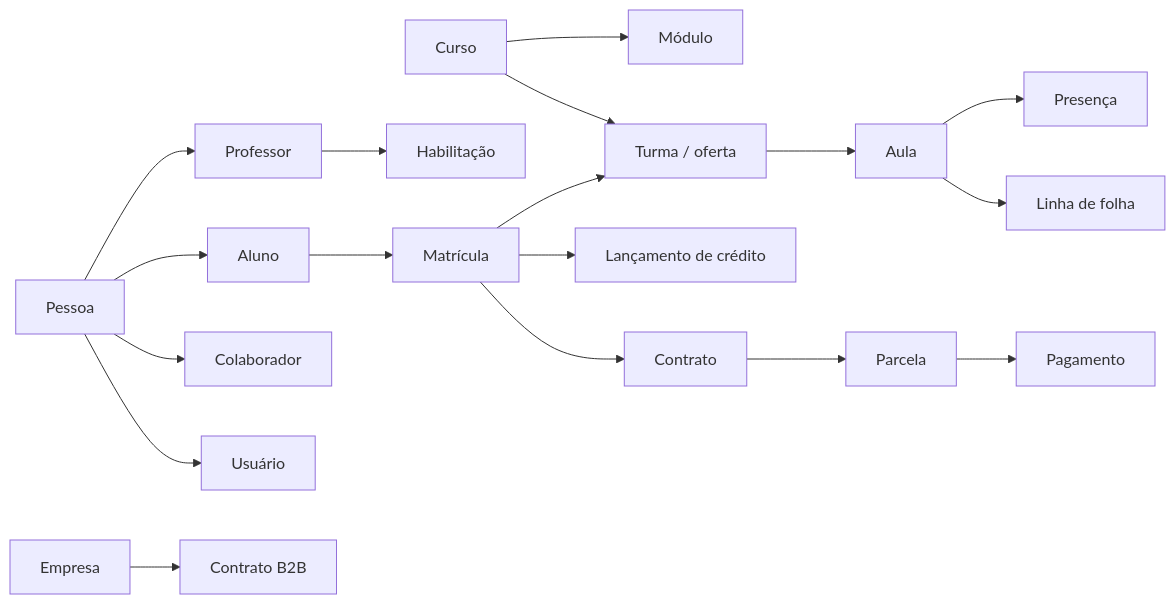
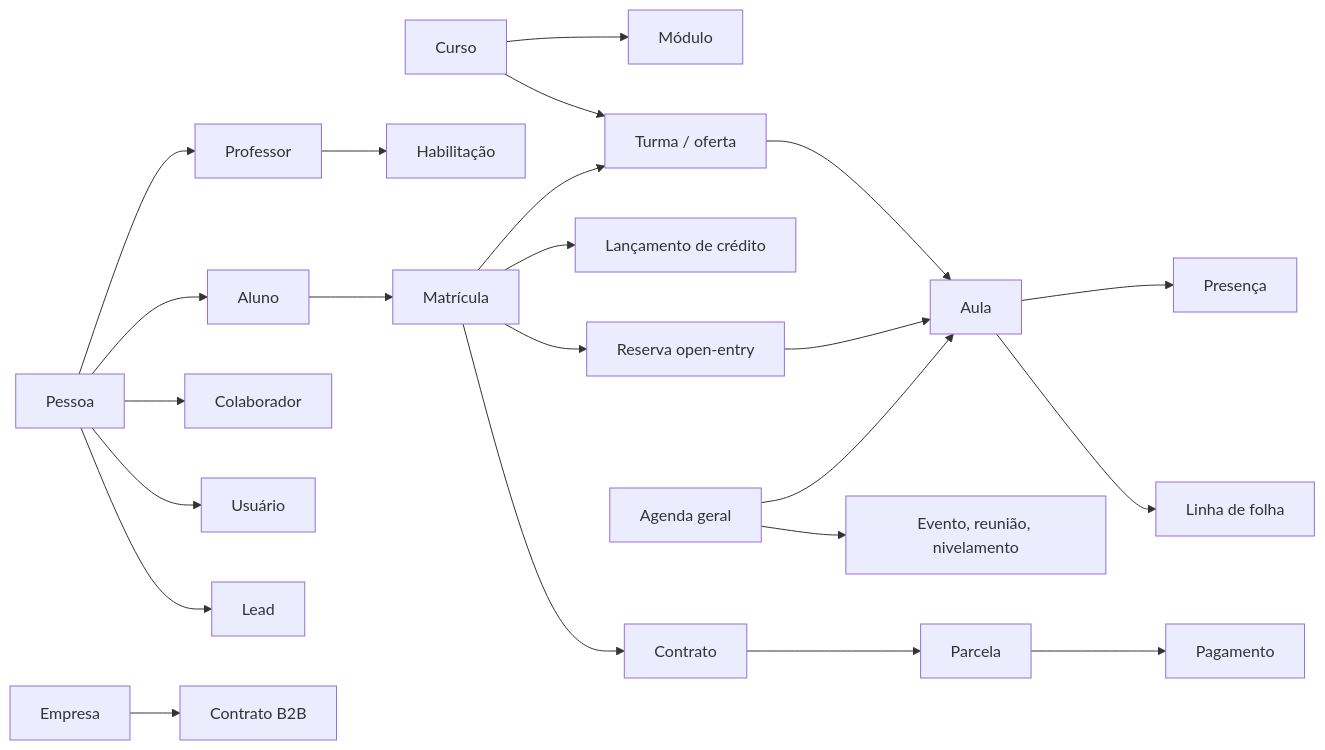
Before and after one commit to dan-paiva/classa: the first of 2 diagrams in docs/DOMINIO.md, drawn with Mermaid. The commit also changed other lines of this file, not shown here.

First line of the commit message:
docs: open-entry, agenda geral, identidade da pessoa e fluxo entre setores

````diff
--- a/docs/DOMINIO.md
+++ b/docs/DOMINIO.md
@@ -24,20 +25,25 @@
 ```mermaid
 flowchart LR
   P[Pessoa] --> AL[Aluno]
   P --> PR[Professor]
   P --> CO[Colaborador]
   P --> U[Usuário]
+  P --> LD[Lead]
   CU[Curso] --> MO[Módulo]
   CU --> TU[Turma / oferta]
   PR --> HB[Habilitação]
   TU --> AU[Aula]
   AL --> MA[Matrícula]
   MA --> TU
   MA --> LC[Lançamento de crédito]
   AU --> PS[Presença]
+  MA --> RS[Reserva open-entry]
+  RS --> AU
+  AG["Agenda geral"] --> AU
+  AG --> EV["Evento, reunião, nivelamento"]
   MA --> CT[Contrato]
   CT --> PA[Parcela]
   PA --> PG[Pagamento]
   AU --> FO[Linha de folha]
   EM[Empresa] --> CE[Contrato B2B]
 ```
````
